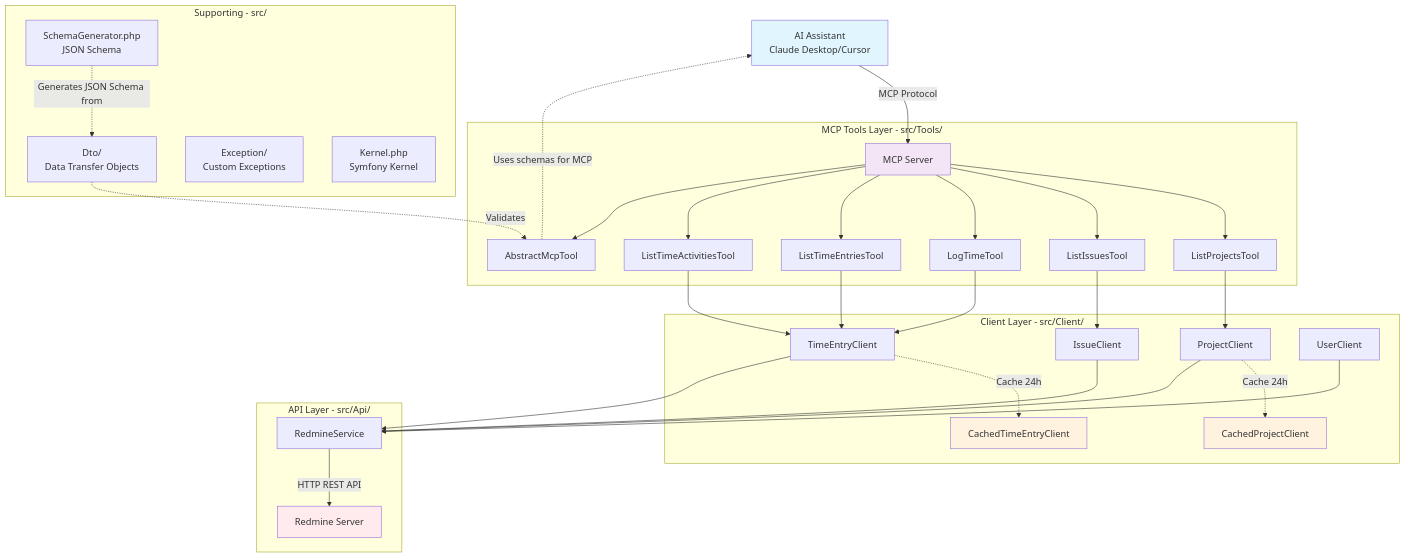
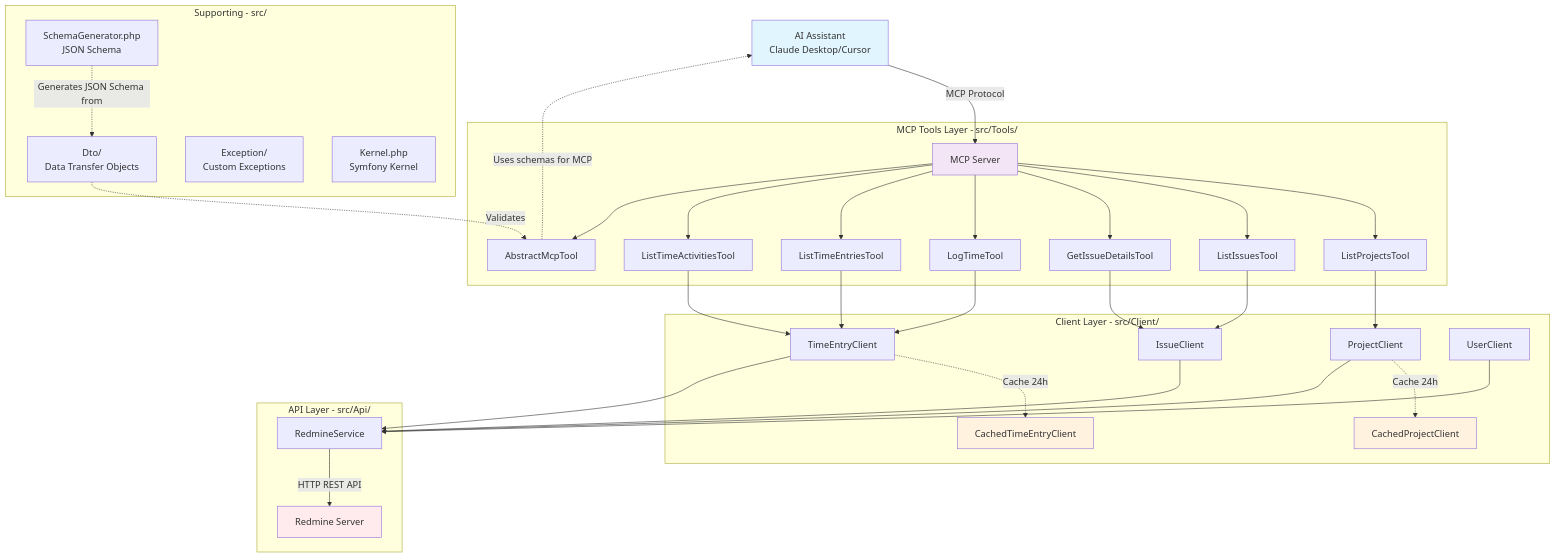
One commit to Guiziweb/redmine-mcp changed the diagram in README.md. Above: the diagram before and after it, drawn with Mermaid. The commit also changed other lines of this file and 7 other files, not shown here.

First line of the commit message:
feat: add GetIssueDetailsTool for comprehensive issue data

````diff
--- a/README.md
+++ b/README.md
@@ -107,50 +108,52 @@
 ```mermaid
 graph TD
     A[AI Assistant<br/>Claude Desktop/Cursor] -->|MCP Protocol| B[MCP Server]
     
     subgraph "MCP Tools Layer - src/Tools/"
         B --> C[ListProjectsTool]
         B --> D[ListIssuesTool] 
+        B --> DI[GetIssueDetailsTool]
         B --> E[LogTimeTool]
         B --> F[ListTimeEntriesTool]
         B --> G[ListTimeActivitiesTool]
         B --> H[AbstractMcpTool]
     end
     
     subgraph "Client Layer - src/Client/"
         C --> I[ProjectClient]
         D --> J[IssueClient]
+        DI --> J
         E --> K[TimeEntryClient]
         F --> K
         G --> K
         L[UserClient]
         I -.->|Cache 24h| M[CachedProjectClient]
         K -.->|Cache 24h| N[CachedTimeEntryClient]
     end
     
     subgraph "API Layer - src/Api/"
         I --> O[RedmineService]
         J --> O
         K --> O
         L --> O
         O -->|HTTP REST API| P[Redmine Server]
     end
     
     subgraph "Supporting - src/"
         Q[Dto/<br/>Data Transfer Objects] 
         R[Exception/<br/>Custom Exceptions]
         T[SchemaGenerator.php<br/>JSON Schema]
         U[Kernel.php<br/>Symfony Kernel]
     end
     
     %% Schema generation flow
     Q -.->|Validates| H
     T -.->|Generates JSON Schema from| Q
     H -.->|Uses schemas for MCP| A
     
     style A fill:#e1f5fe
     style P fill:#ffebee
     style B fill:#f3e5f5
     style M fill:#fff3e0
     style N fill:#fff3e0
 ```
````
